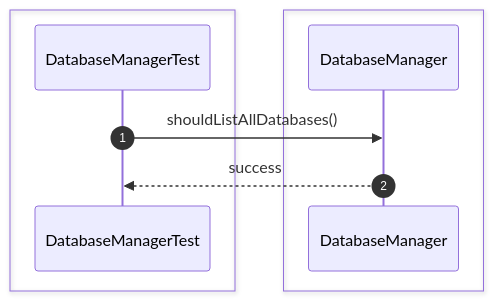
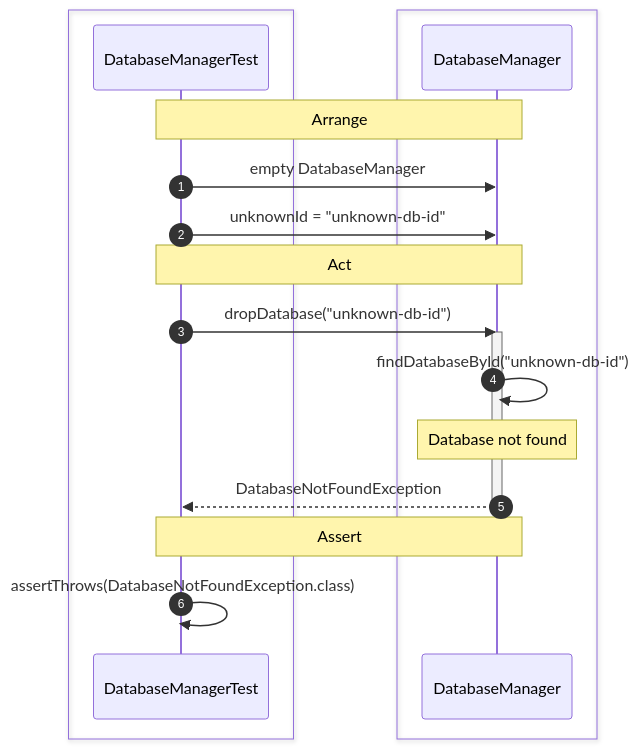
Before and after one commit to Huy1801214/dbms-architecture: diagram 15 of 46 in docs/sequence/db-server.md, drawn with Mermaid. The commit also changed other lines of this file and 7 other files, not shown here.

Commit message:
Done Unit test for database manager

````diff
--- a/docs/sequence/db-server.md
+++ b/docs/sequence/db-server.md
@@ -188,13 +356,31 @@
 ```mermaid
 sequenceDiagram
     autonumber
+
     box #e1f5fe Test Suite
     participant Test as DatabaseManagerTest
     end
+
     box #e3f2fd DatabaseManager Component
     participant DM as DatabaseManager
     end
 
-    Test->>DM: shouldListAllDatabases()
-    DM-->>Test: success
+    Note over Test,DM: Arrange
+    Test->>DM: empty DatabaseManager
+    Test->>DM: unknownId = "unknown-db-id"
+
+    Note over Test,DM: Act
+    Test->>DM: dropDatabase("unknown-db-id")
+
+    activate DM
+
+    DM->>DM: findDatabaseById("unknown-db-id")
+    Note over DM: Database not found
+
+    DM-->>Test: DatabaseNotFoundException
+
+    deactivate DM
+
+    Note over Test,DM: Assert
+    Test->>Test: assertThrows(DatabaseNotFoundException.class)
 ```
````
